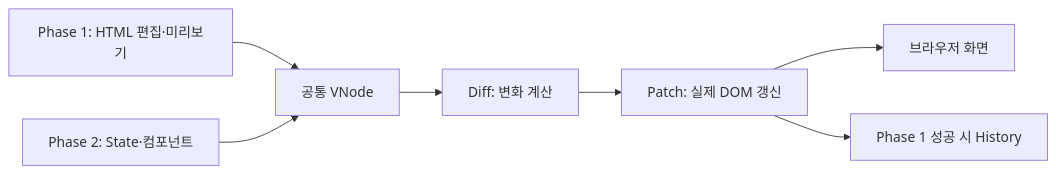
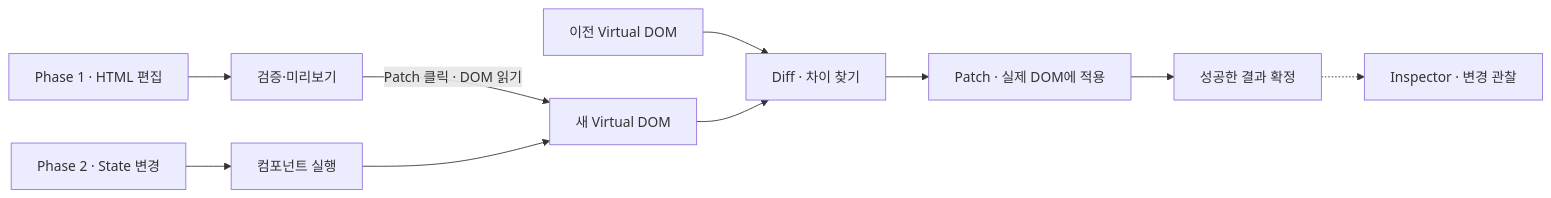
One commit to WEEK11-12/mini-react changed the diagram in README.md. Above: the diagram before and after it, drawn with Mermaid. The commit also changed other lines of this file and 4 other files, not shown here.

````diff
--- a/README.md
+++ b/README.md
@@ -19,9 +37,12 @@
 ```mermaid
 flowchart LR
-  A["Phase 1: HTML 편집·미리보기"] --> B["공통 VNode"]
-  C["Phase 2: State·컴포넌트"] --> B
-  B --> D["Diff: 변화 계산"]
-  D --> E["Patch: 실제 DOM 갱신"]
-  E --> F["브라우저 화면"]
-  E --> G["Phase 1 성공 시 History"]
+  H["Phase 1 · HTML 편집"] --> V["검증·미리보기"]
+  V -->|"Patch 클릭 · DOM 읽기"| N["새 Virtual DOM"]
+  S["Phase 2 · State 변경"] --> C["컴포넌트 실행"]
+  C --> N
+  O["이전 Virtual DOM"] --> D["Diff · 차이 찾기"]
+  N --> D
+  D --> P["Patch · 실제 DOM에 적용"]
+  P --> R["성공한 결과 확정"]
+  R -.-> I["Inspector · 변경 관찰"]
 ```
````
